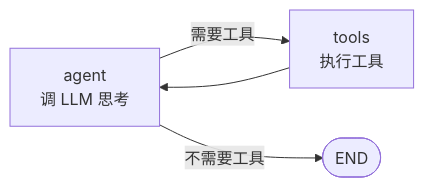
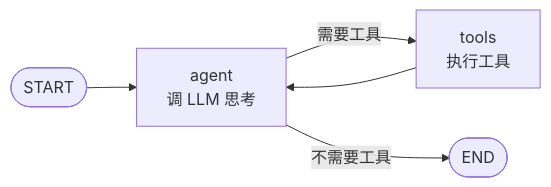
One commit to wanglh39/langgraph changed the third of 6 diagrams in docs/stages/stage_4_cycle.md. Above: the diagram before and after it, drawn with Mermaid. The commit also changed other lines of this file and 16 other files, not shown here.

````diff
--- a/docs/stages/stage_4_cycle.md
+++ b/docs/stages/stage_4_cycle.md
@@ -46,6 +173,7 @@
 ```mermaid
 graph LR
-    A[agent<br/>调 LLM 思考] -->|需要工具| T[tools<br/>执行工具]
+    S([START]) --> A[agent<br/>调 LLM 思考]
+    A -->|需要工具| T[tools<br/>执行工具]
     T --> A
     A -->|不需要工具| E([END])
 ```
````
